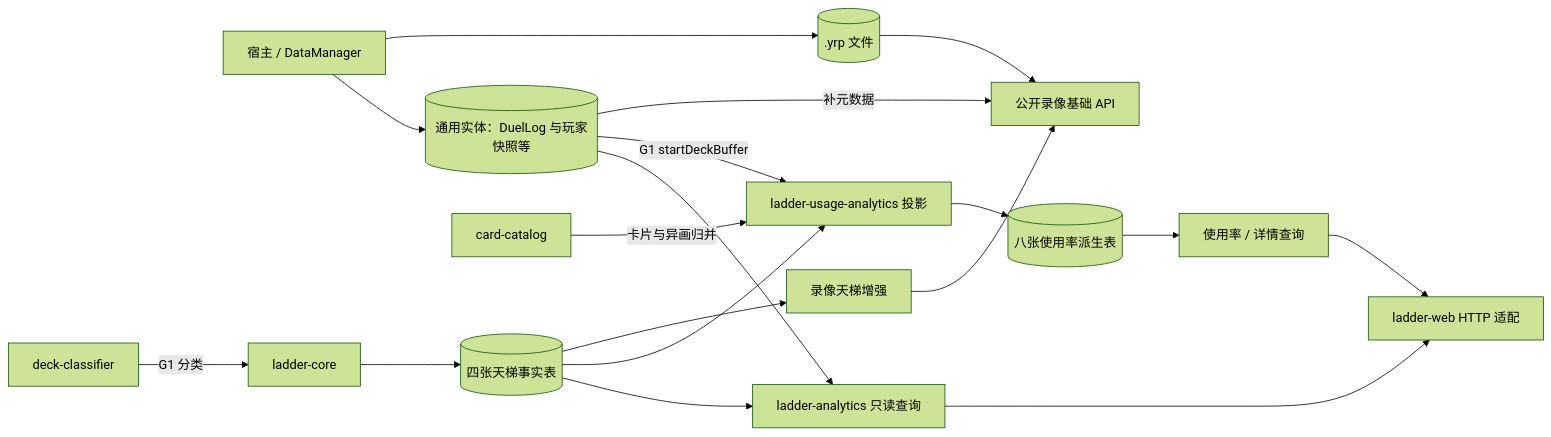
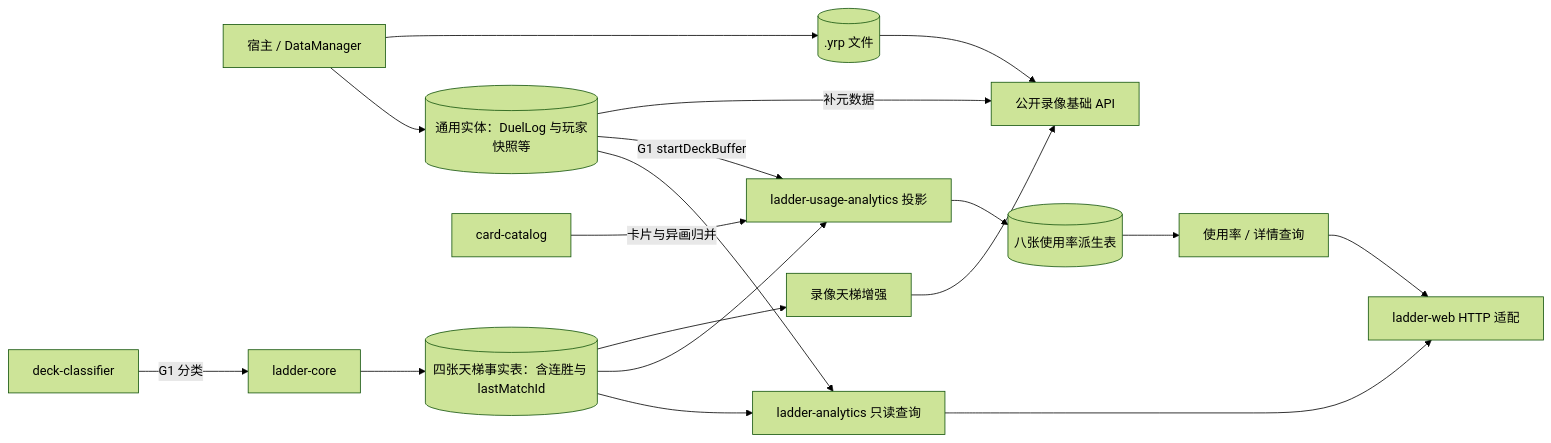
The seventh of 8 diagrams in docs/ARCHITECTURE.md (301zrg/srvprotianti), drawn with Mermaid (forest theme) before and after one commit. The commit also changed other lines of this file and 44 other files, not shown here.

````diff
--- a/docs/ARCHITECTURE.md
+++ b/docs/ARCHITECTURE.md
@@ -254,20 +307,20 @@
 ```mermaid
 flowchart LR
   Host[宿主 / DataManager] --> Base[(通用实体：DuelLog 与玩家快照等)]
   Host --> Files[(.yrp 文件)]
-  Core[ladder-core] --> Facts[(四张天梯事实表)]
+  Core[ladder-core] --> Facts[(四张天梯事实表：含连胜与 lastMatchId)]
   Classifier[deck-classifier] -->|G1 分类| Core
   Facts --> Analytics[ladder-analytics 只读查询]
   Base --> Analytics
   Facts --> Projection[ladder-usage-analytics 投影]
   Base -->|G1 startDeckBuffer| Projection
   Catalog[card-catalog] -->|卡片与异画归并| Projection
   Projection --> Derived[(八张使用率派生表)]
   Derived --> UsageQuery[使用率 / 详情查询]
   Files --> Replay[公开录像基础 API]
   Base -->|补元数据| Replay
   Facts --> Enrich[录像天梯增强]
   Enrich --> Replay
   Analytics --> Web[ladder-web HTTP 适配]
   UsageQuery --> Web
 ```
````
